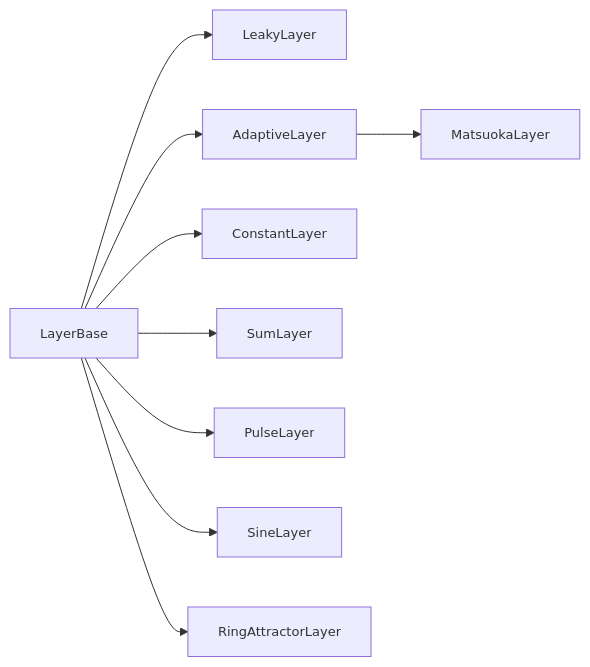
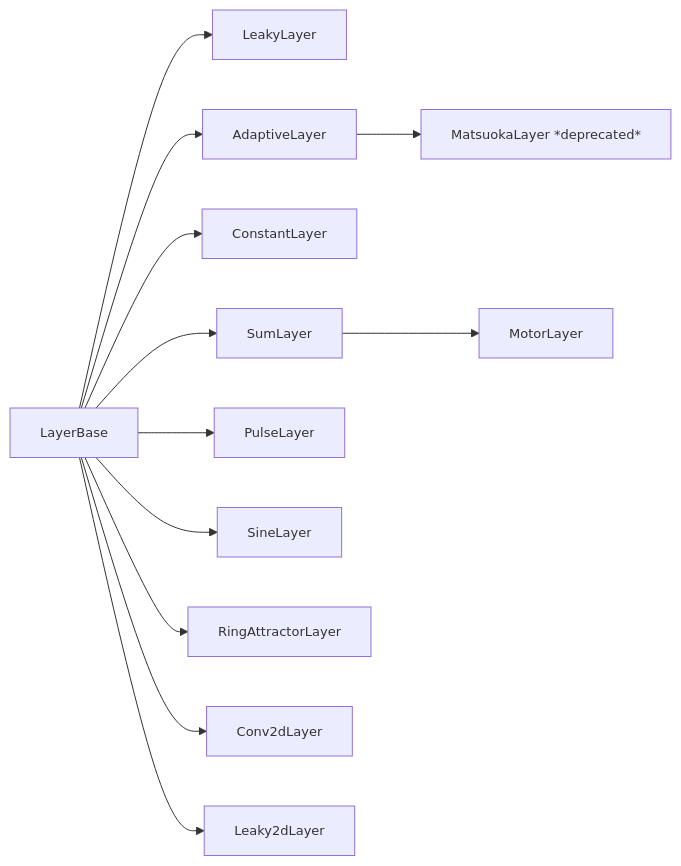
The sixth of 6 diagrams in simulation/docs/simulator/architecture.md (fchampalimaud/cf.lbp), drawn with Mermaid before and after one commit. The commit also changed other lines of this file and 110 other files, not shown here.

````diff
--- a/simulation/docs/simulator/architecture.md
+++ b/simulation/docs/simulator/architecture.md
@@ -248,13 +309,16 @@
 ```mermaid
 %%{init: {'themeVariables': {'fontSize': '13px'}}}%%
 graph LR
     LB[LayerBase]
     LB --> LL[LeakyLayer]
     LB --> AL[AdaptiveLayer]
-    AL --> ML[MatsuokaLayer]
+    AL --> ML[MatsuokaLayer *deprecated*]
     LB --> CL[ConstantLayer]
     LB --> SL[SumLayer]
+    SL --> MOT[MotorLayer]
     LB --> PL[PulseLayer]
     LB --> SNL[SineLayer]
     LB --> RL[RingAttractorLayer]
+    LB --> CV[Conv2dLayer]
+    LB --> L2[Leaky2dLayer]
 ```
````
